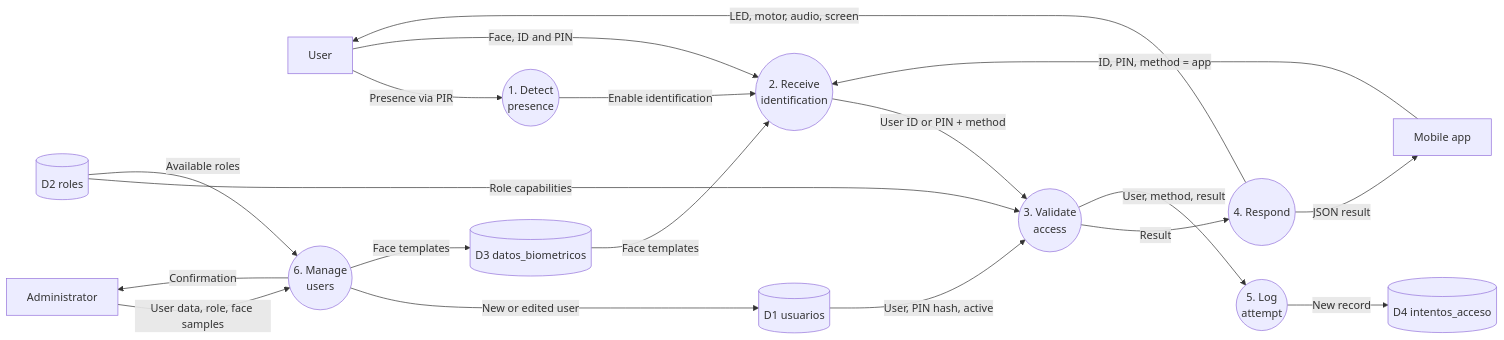
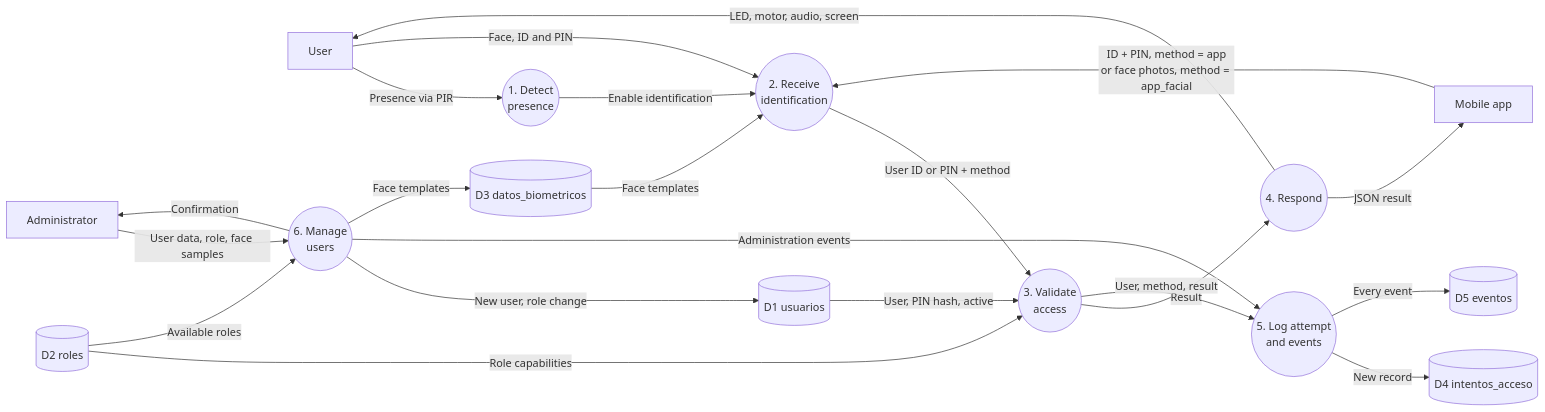
One commit to MrGodie/ControlAccesoRPI changed the diagram in docs/dfd-1.md. Above: the diagram before and after it, drawn with Mermaid. The commit also changed 12 other files, not shown here.

````diff
--- a/docs/dfd-1.md
+++ b/docs/dfd-1.md
@@ -1,41 +1,44 @@
 ```mermaid
 flowchart LR
     U[User]
     APP[Mobile app]
     A[Administrator]
 
     P1((1. Detect<br/>presence))
     P2((2. Receive<br/>identification))
     P3((3. Validate<br/>access))
     P4((4. Respond))
-    P5((5. Log<br/>attempt))
+    P5((5. Log attempt<br/>and events))
     P6((6. Manage<br/>users))
 
     D1[(D1 usuarios)]
     D2[(D2 roles)]
     D3[(D3 datos_biometricos)]
     D4[(D4 intentos_acceso)]
+    D5[(D5 eventos)]
 
     U -->|Presence via PIR| P1
     P1 -->|Enable identification| P2
     U -->|Face, ID and PIN| P2
-    APP -->|ID, PIN, method = app| P2
+    APP -->|ID + PIN, method = app<br/>or face photos, method = app_facial| P2
     D3 -->|Face templates| P2
 
     P2 -->|User ID or PIN + method| P3
     D1 -->|User, PIN hash, active| P3
     D2 -->|Role capabilities| P3
 
     P3 -->|Result| P4
     P3 -->|User, method, result| P5
     P5 -->|New record| D4
+    P5 -->|Every event| D5
 
     P4 -->|LED, motor, audio, screen| U
     P4 -->|JSON result| APP
 
     A -->|User data, role, face samples| P6
     D2 -->|Available roles| P6
-    P6 -->|New or edited user| D1
+    P6 -->|New user, role change| D1
+    P6 -->|Administration events| P5
     P6 -->|Face templates| D3
     P6 -->|Confirmation| A
 ```
````
